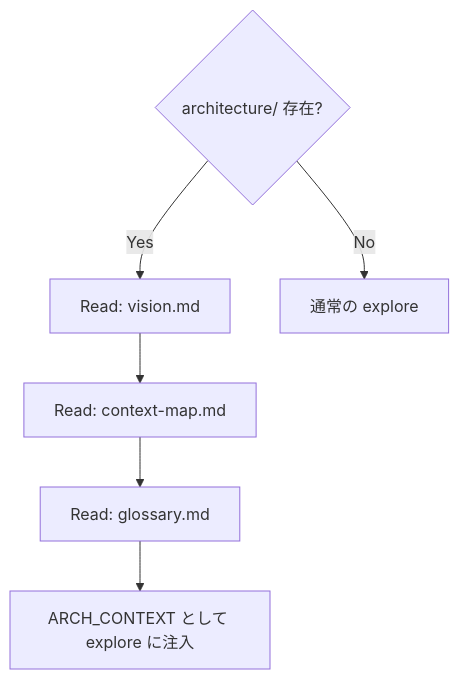
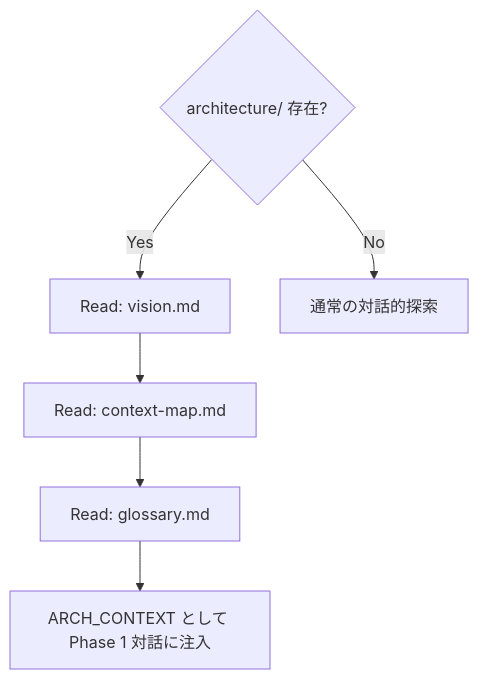
Before and after one commit to shuu5/twill: the second of 4 diagrams in plugins/twl/architecture/domain/contexts/issue-mgmt.md, drawn with Mermaid. The commit also changed other lines of this file and 3 other files, not shown here.

````diff
--- a/plugins/twl/architecture/domain/contexts/issue-mgmt.md
+++ b/plugins/twl/architecture/domain/contexts/issue-mgmt.md
@@ -62,8 +62,8 @@
 ```mermaid
 flowchart TD
     A{architecture/ 存在?} -- Yes --> B["Read: vision.md"]
-    A -- No --> E["通常の explore"]
+    A -- No --> E["通常の対話的探索"]
     B --> C["Read: context-map.md"]
     C --> D["Read: glossary.md"]
-    D --> F["ARCH_CONTEXT として explore に注入"]
+    D --> F["ARCH_CONTEXT として Phase 1 対話に注入"]
 ```
````
